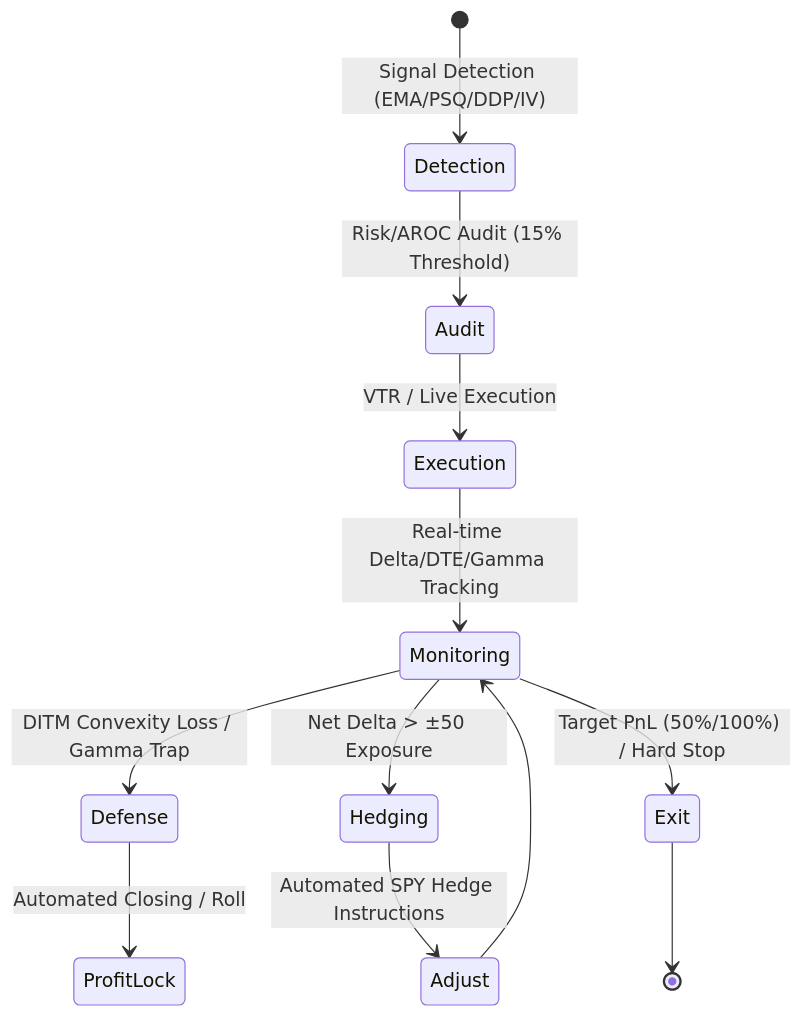
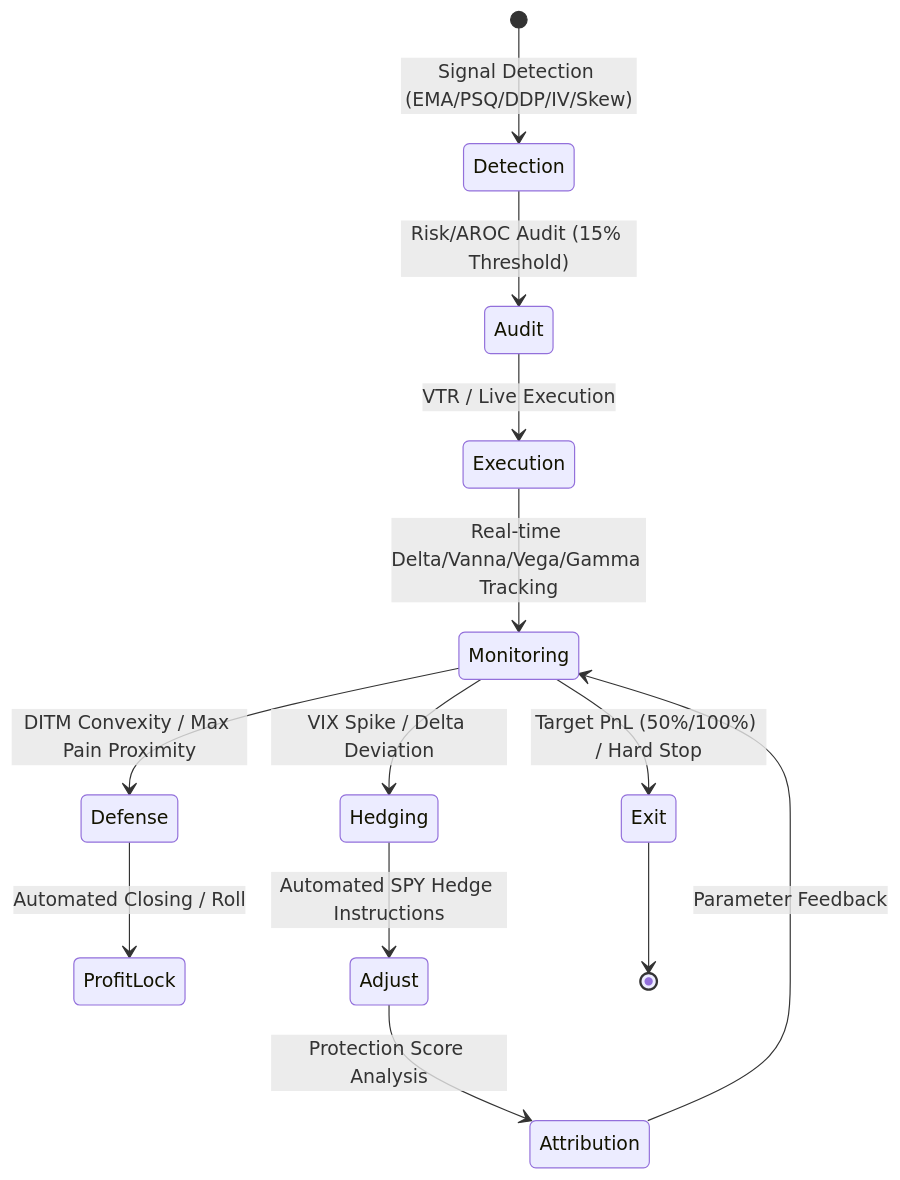
Before and after one commit to cosmo-chang-1701/nexus-seeker: the second of 2 diagrams in README.md, drawn with Mermaid. The commit also changed other lines of this file and 23 other files, not shown here.

````diff
--- a/README.md
+++ b/README.md
@@ -109,14 +108,15 @@
 ```mermaid
 stateDiagram-v2
-    [*] --> Detection: Signal Detection (EMA/PSQ/DDP/IV)
+    [*] --> Detection: Signal Detection (EMA/PSQ/DDP/IV/Skew)
     Detection --> Audit: Risk/AROC Audit (15% Threshold)
     Audit --> Execution: VTR / Live Execution
-    Execution --> Monitoring: Real-time Delta/DTE/Gamma Tracking
-    Monitoring --> Defense: DITM Convexity Loss / Gamma Trap
-    Monitoring --> Hedging: Net Delta > ±50 Exposure
+    Execution --> Monitoring: Real-time Delta/Vanna/Vega/Gamma Tracking
+    Monitoring --> Defense: DITM Convexity / Max Pain Proximity
+    Monitoring --> Hedging: VIX Spike / Delta Deviation
     Defense --> ProfitLock: Automated Closing / Roll
     Hedging --> Adjust: Automated SPY Hedge Instructions
-    Adjust --> Monitoring
+    Adjust --> Attribution: Protection Score Analysis
+    Attribution --> Monitoring: Parameter Feedback
     Monitoring --> Exit: Target PnL (50%/100%) / Hard Stop
     Exit --> [*]
 ```
````
